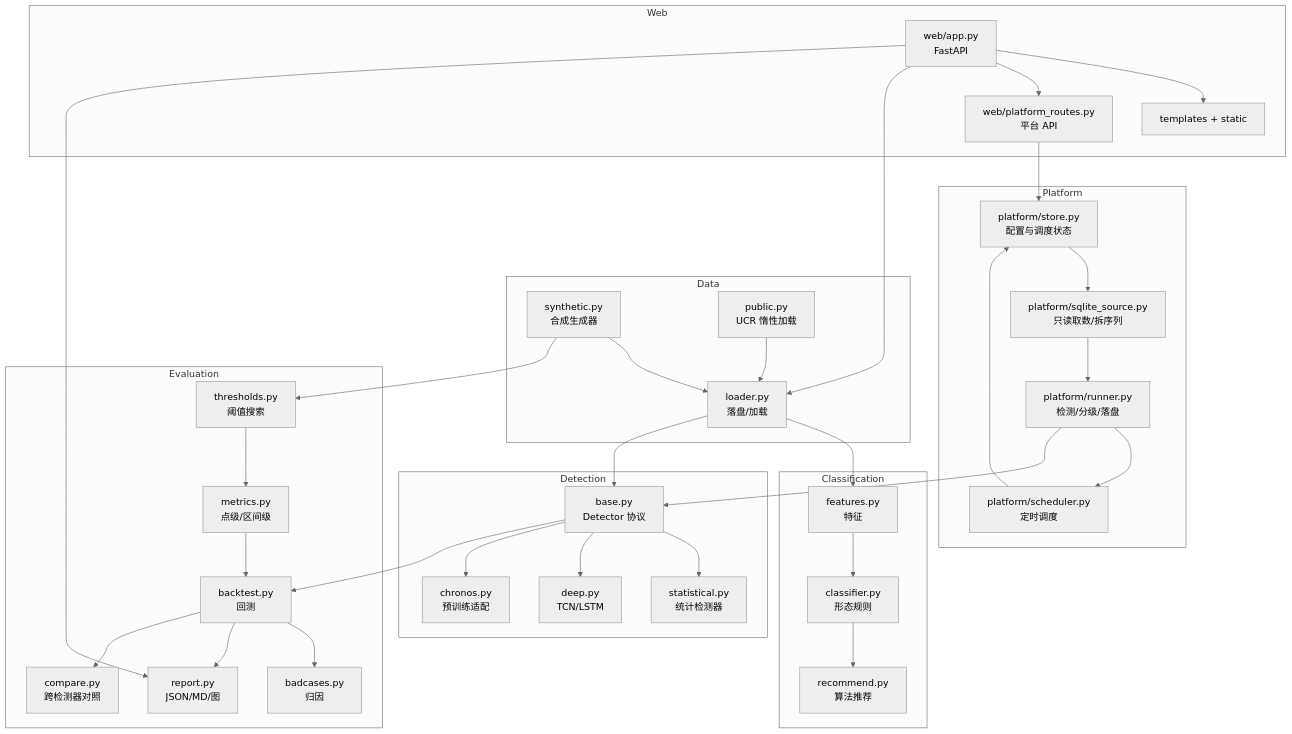
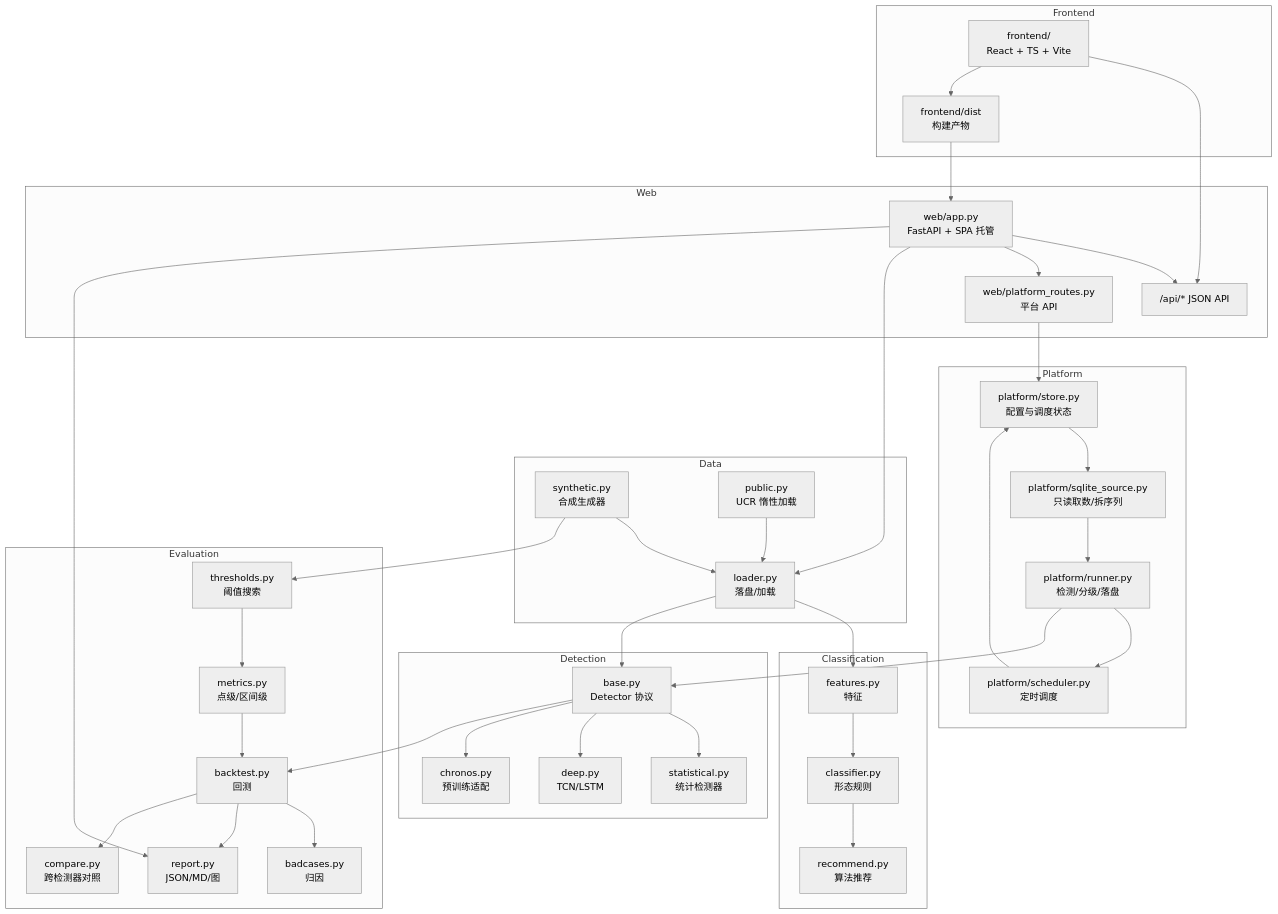
The first of 3 diagrams in docs/ARCHITECTURE.md (RiverWind1024/anomaly-lab), drawn with Mermaid (neutral theme) before and after one commit. The commit also changed other lines of this file and 2 other files, not shown here.

````diff
--- a/docs/ARCHITECTURE.md
+++ b/docs/ARCHITECTURE.md
@@ -5,41 +5,46 @@
 ```mermaid
 flowchart TD
   subgraph Data
     S[synthetic.py<br/>合成生成器] --> L[loader.py<br/>落盘/加载]
     P[public.py<br/>UCR 惰性加载] --> L
   end
   subgraph Classification
     F[features.py<br/>特征] --> C[classifier.py<br/>形态规则]
     C --> R[recommend.py<br/>算法推荐]
   end
   subgraph Detection
     B[base.py<br/>Detector 协议] --> ST[statistical.py<br/>统计检测器]
     B --> D[deep.py<br/>TCN/LSTM]
     B --> CH[chronos.py<br/>预训练适配]
   end
   subgraph Evaluation
     T[thresholds.py<br/>阈值搜索] --> M[metrics.py<br/>点级/区间级]
     M --> BT[backtest.py<br/>回测]
     BT --> BC[badcases.py<br/>归因]
     BT --> RP[report.py<br/>JSON/MD/图]
     BT --> CP[compare.py<br/>跨检测器对照]
   end
   subgraph Web
-    W[web/app.py<br/>FastAPI] --> TPL[templates + static]
+    W[web/app.py<br/>FastAPI + SPA 托管] --> API["/api/* JSON API"]
     W --> PR[web/platform_routes.py<br/>平台 API]
+  end
+  subgraph Frontend
+    FE[frontend/<br/>React + TS + Vite] --> API
+    FE --> DIST[frontend/dist<br/>构建产物]
+    DIST --> W
   end
   subgraph Platform
     PS[platform/store.py<br/>配置与调度状态] --> SRC[platform/sqlite_source.py<br/>只读取数/拆序列]
     SRC --> RN[platform/runner.py<br/>检测/分级/落盘]
     RN --> SCH[platform/scheduler.py<br/>定时调度]
     SCH --> PS
   end
   L --> F
   L --> B
   S --> T
   B --> BT
   W --> L
   W --> RP
   PR --> PS
   RN --> B
 ```
````
